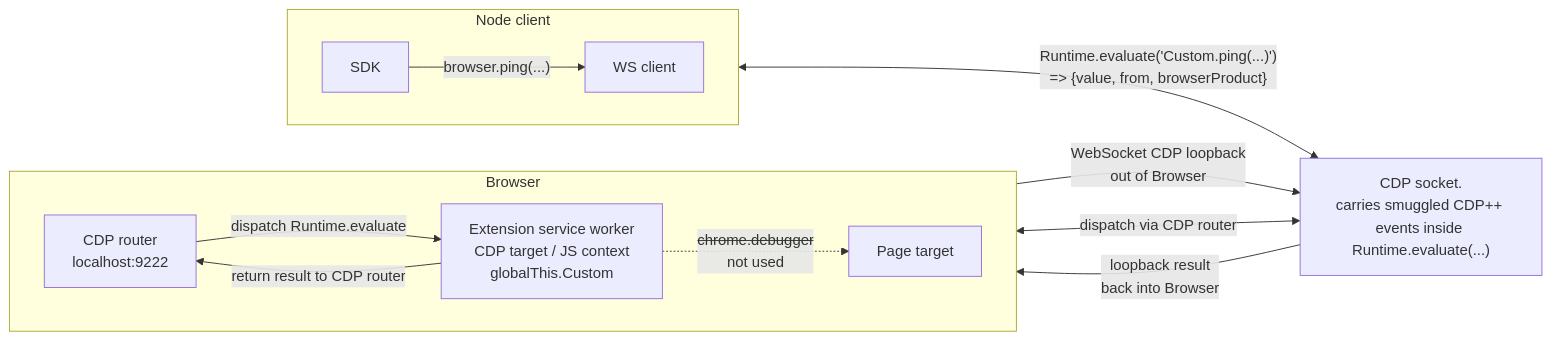
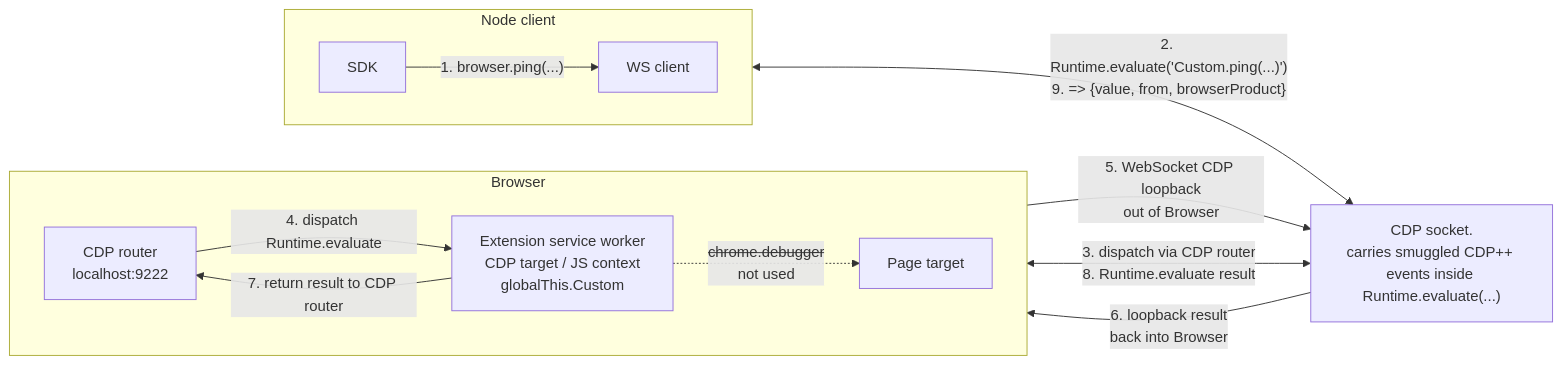
Before and after one commit to pirate/chrome-cdp-extension-bridge: the third of 4 diagrams in README.md, drawn with Mermaid. The commit also changed other lines of this file, not shown here.

Commit message:
Number diagram flow labels

````diff
--- a/README.md
+++ b/README.md
@@ -109,26 +109,26 @@
 ```mermaid
 flowchart LR
   subgraph Node["Node client"]
     direction LR
     SDK["SDK"]
     WS["WS client"]
-    SDK -->|"browser.ping(...)"| WS
+    SDK -->|"1. browser.ping(...)"| WS
   end
 
   subgraph Browser["Browser"]
     direction LR
     CDP["CDP router<br/>localhost:9222"]
     SW["Extension service worker<br/>CDP target / JS context<br/>globalThis.Custom"]
     Page["Page target"]
-    CDP -->|"dispatch Runtime.evaluate"| SW
+    CDP -->|"4. dispatch Runtime.evaluate"| SW
     SW -. "<s>chrome.debugger</s><br/>not used" .-> Page
   end
 
   Socket["CDP socket.<br/>carries smuggled CDP++ events inside Runtime.evaluate(...)"]
 
-  WS <-->|"Runtime.evaluate('Custom.ping(...)')<br/>=> {value, from, browserProduct}"| Socket
-  Socket <-->|"dispatch via CDP router"| CDP
-  SW -->|"WebSocket CDP loopback<br/>out of Browser"| Socket
-  Socket -->|"loopback result<br/>back into Browser"| SW
-  SW -->|"return result to CDP router"| CDP
+  WS <-->|"2. Runtime.evaluate('Custom.ping(...)')<br/>9. => {value, from, browserProduct}"| Socket
+  Socket <-->|"3. dispatch via CDP router<br/>8. Runtime.evaluate result"| CDP
+  SW -->|"5. WebSocket CDP loopback<br/>out of Browser"| Socket
+  Socket -->|"6. loopback result<br/>back into Browser"| SW
+  SW -->|"7. return result to CDP router"| CDP
 ```
````
